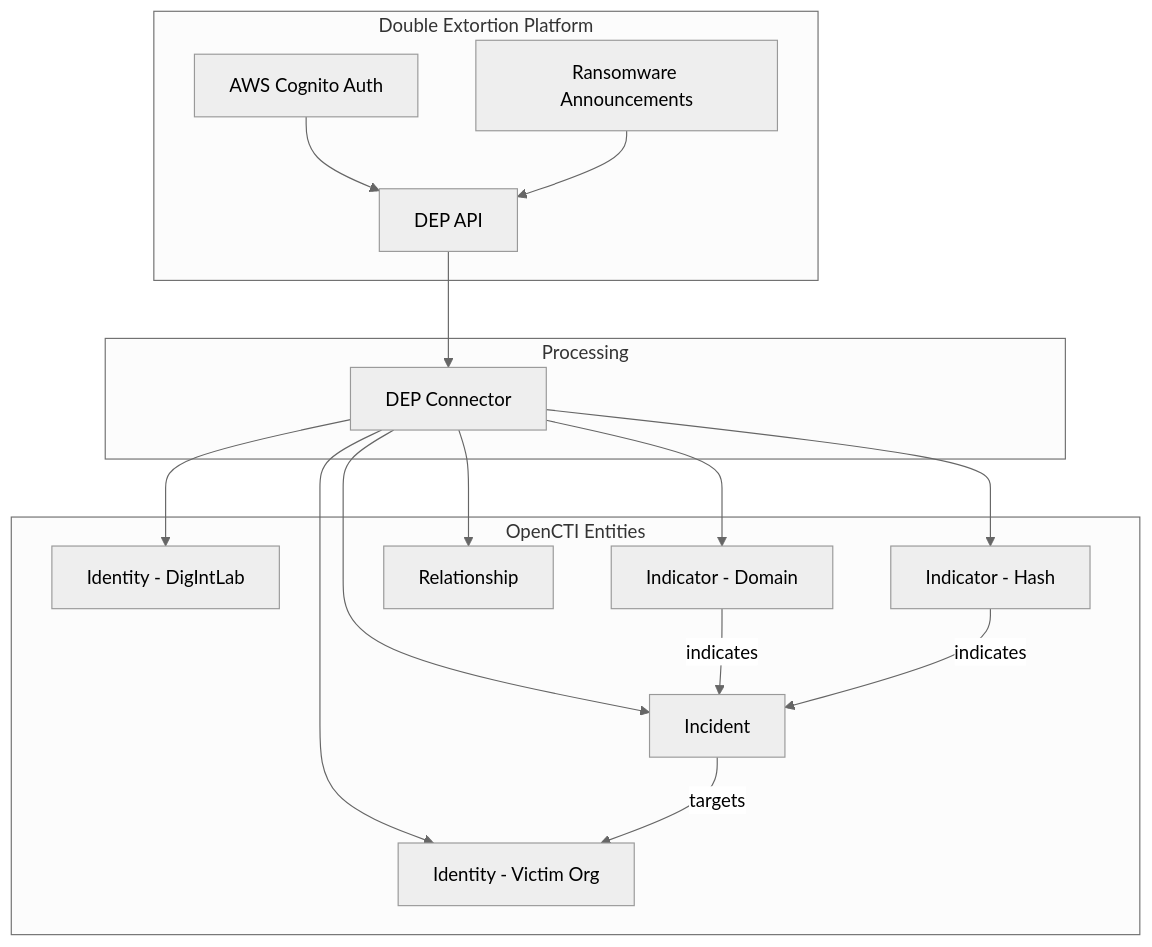
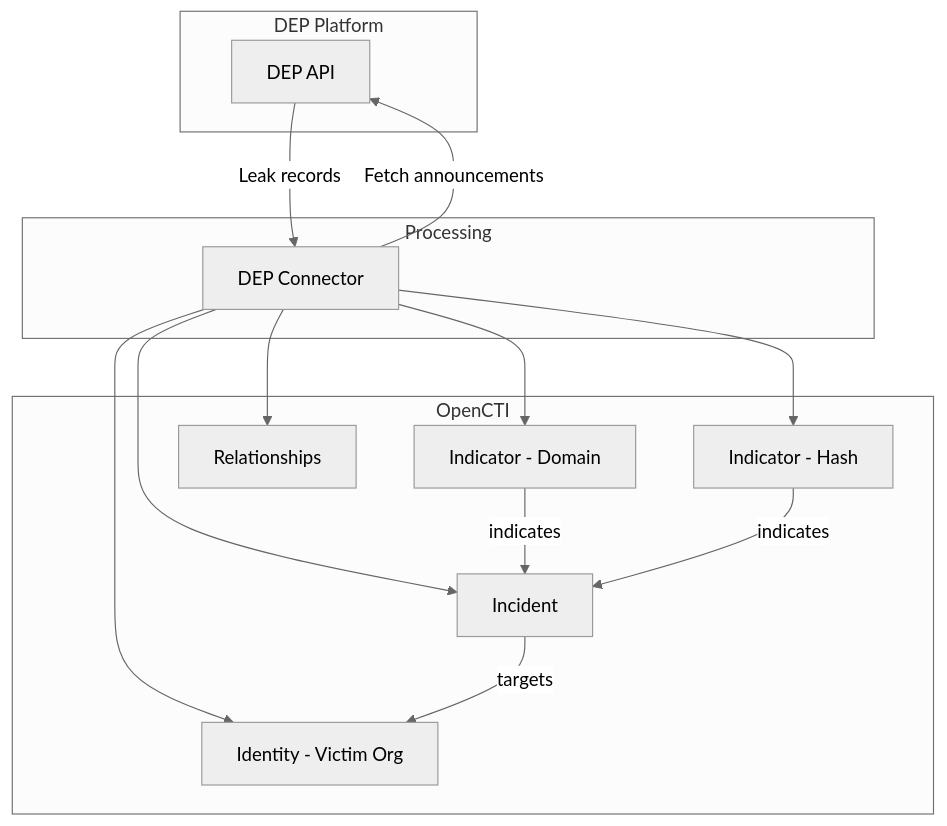
Before and after one commit to OpenCTI-Platform/connectors: the diagram in external-import/digintlab-dep/README.md, drawn with Mermaid (neutral theme). The commit also changed other lines of this file and 3 other files, not shown here.

````diff
--- a/external-import/digintlab-dep/README.md
+++ b/external-import/digintlab-dep/README.md
@@ -143,28 +151,24 @@
 ```mermaid
 graph TB
-    subgraph Double Extortion Platform
-        Cognito[AWS Cognito Auth]
+    subgraph DEP Platform
         API[DEP API]
-        Leaks[Ransomware Announcements]
     end
-    
-    Cognito --> API
-    Leaks --> API
-    
     subgraph Processing
-        API --> Connector[DEP Connector]
+        Connector[DEP Connector]
     end
-    
-    subgraph OpenCTI Entities
-        Connector --> Identity[Identity - DigIntLab]
+
+    Connector -->|Fetch announcements| API
+    API -->|Leak records| Connector
+
+    subgraph OpenCTI
         Connector --> Victim[Identity - Victim Org]
         Connector --> Incident[Incident]
         Connector --> DomainInd[Indicator - Domain]
         Connector --> HashInd[Indicator - Hash]
-        Connector --> Relationship[Relationship]
+        Connector --> Relationship[Relationships]
     end
-    
+
     Incident -- targets --> Victim
     DomainInd -- indicates --> Incident
     HashInd -- indicates --> Incident
 ```
````
